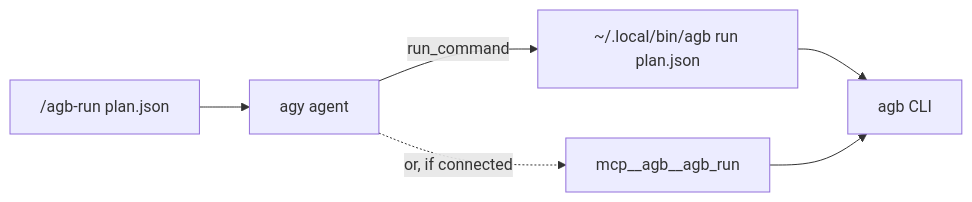
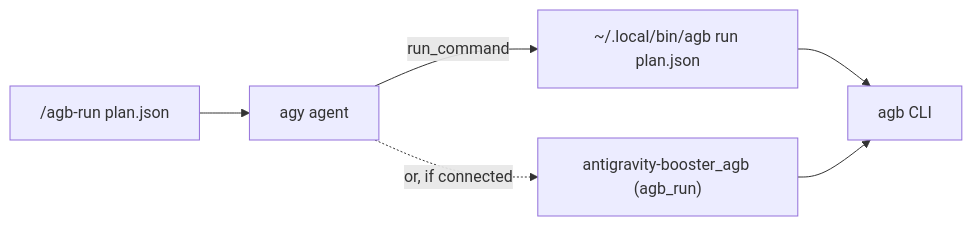
One commit to voodootikigod/antigravity-booster changed the diagram in website/content/docs/guides/headless-and-mcp.mdx. Above: the diagram before and after it, drawn with Mermaid. The commit also changed other lines of this file and 53 other files, not shown here.

````diff
--- a/website/content/docs/guides/headless-and-mcp.mdx
+++ b/website/content/docs/guides/headless-and-mcp.mdx
@@ -12,8 +12,8 @@
 ```mermaid
 graph LR
   User["/agb-run plan.json"] --> Agent[agy agent]
   Agent -->|run_command| Shim["~/.local/bin/agb run plan.json"]
-  Agent -.->|or, if connected| MCP["mcp__agb__agb_run"]
+  Agent -.->|or, if connected| MCP["antigravity-booster_agb (agb_run)"]
   Shim --> CLI[agb CLI]
   MCP --> CLI
 ```
````
